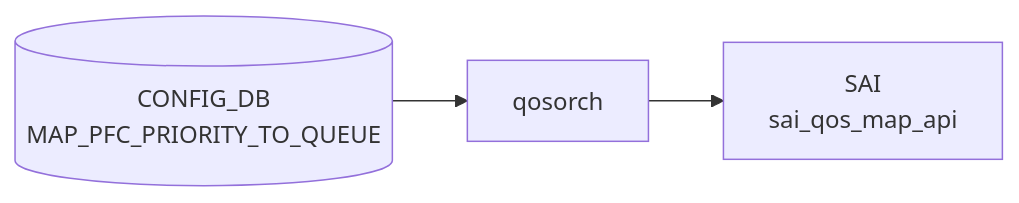
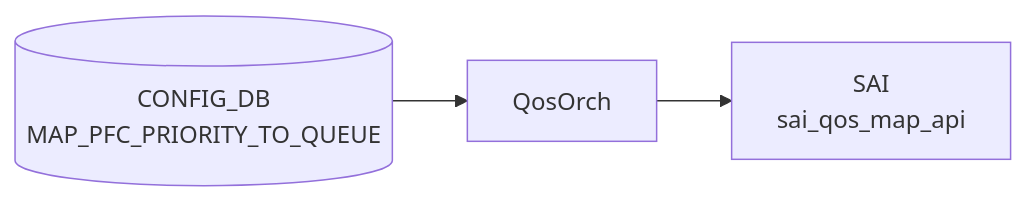
Before and after one commit to aoki-taquan/sonic-unofficial-docs: the diagram in docs/reference/config-db/map-pfc-priority-to-queue.md, drawn with Mermaid. The commit also changed 13 other files, not shown here.

````diff
--- a/docs/reference/config-db/map-pfc-priority-to-queue.md
+++ b/docs/reference/config-db/map-pfc-priority-to-queue.md
@@ -35,8 +35,8 @@
 ```mermaid
 flowchart LR
   CDB[("CONFIG_DB<br/>MAP_PFC_PRIORITY_TO_QUEUE")]
-  DM["qosorch"]
+  DM["QosOrch"]
   CDB --> DM
   SAI["SAI<br/>sai_qos_map_api"]
   DM --> SAI
 ```
````
